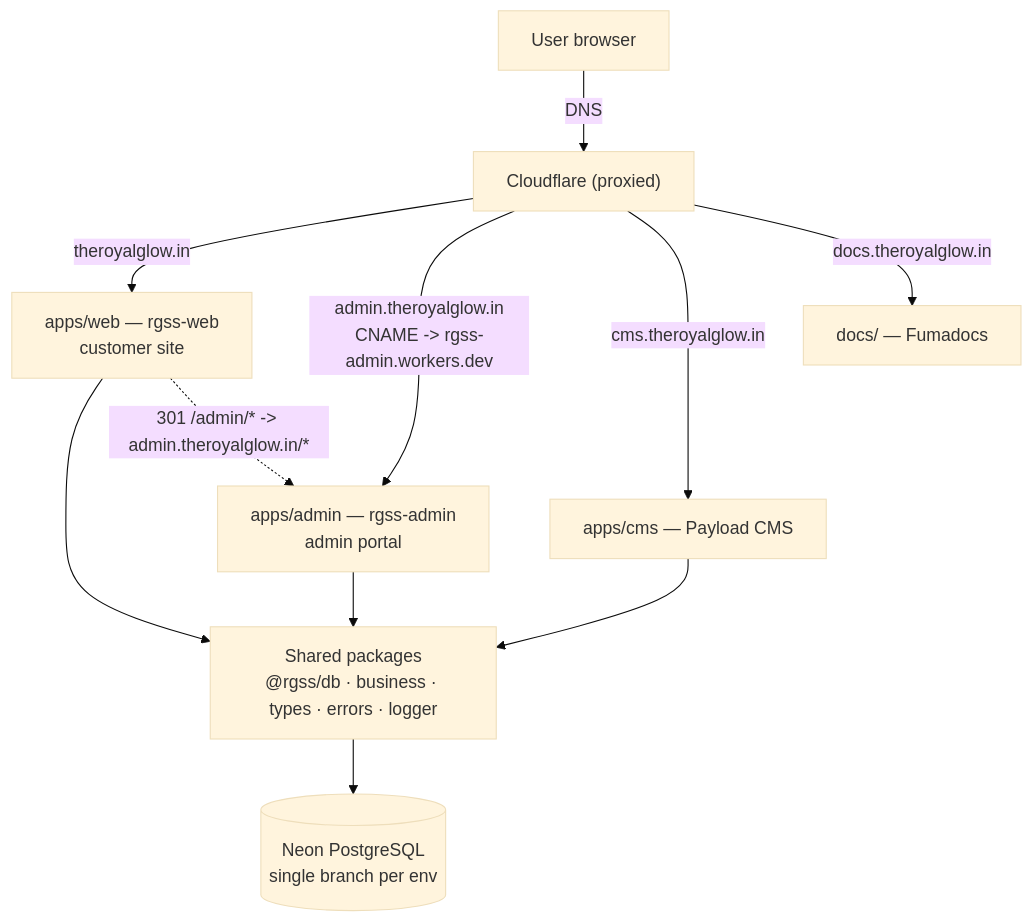
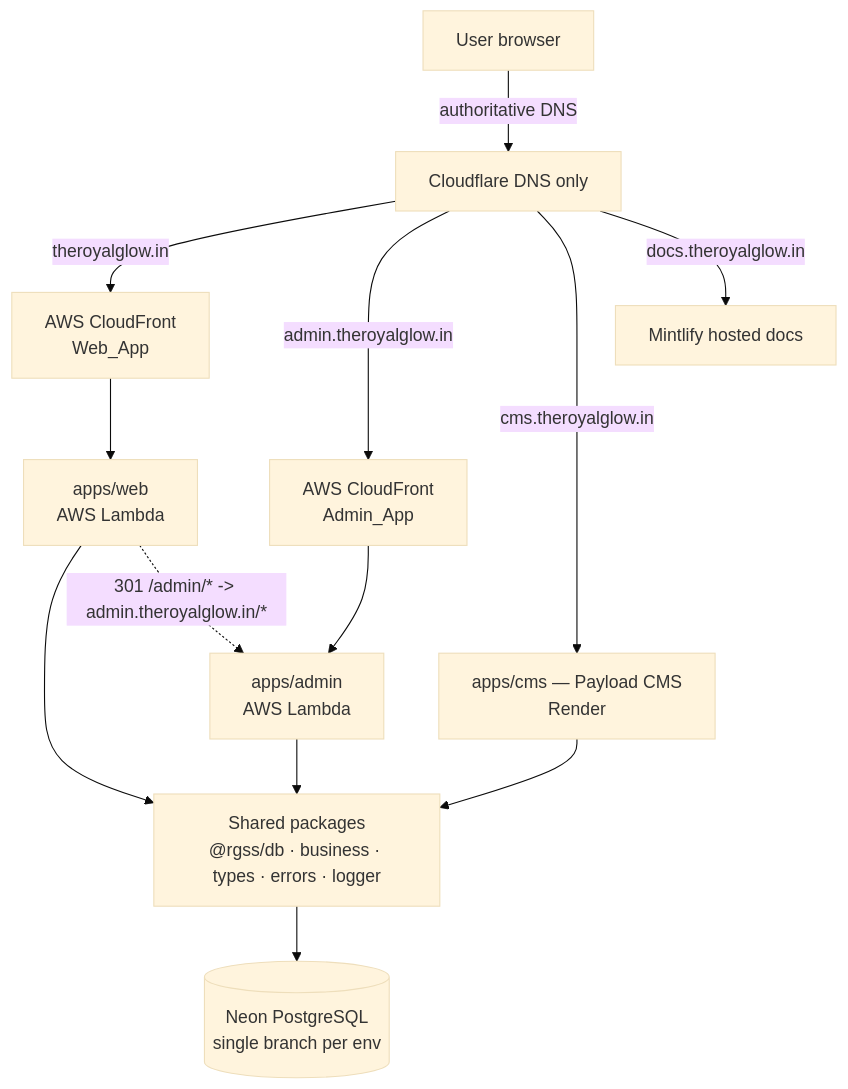
Before and after one commit to royalglowsalonspa/theroyalglow-webapp: the first of 5 diagrams in .kiro/specs/admin-subdomain-migration/design.md, drawn with Mermaid (base theme). The commit also changed other lines of this file and 98 other files, not shown here.

First line of the commit message:
chore: retire Cloudflare Workers/Pages/Wrangler/KV compute integration

````diff
--- a/.kiro/specs/admin-subdomain-migration/design.md
+++ b/.kiro/specs/admin-subdomain-migration/design.md
@@ -77,17 +77,19 @@
 ```mermaid
 graph TD
-  U["User browser"] -->|"DNS"| CF["Cloudflare (proxied)"]
+  U["User browser"] -->|"authoritative DNS"| CFDNS["Cloudflare DNS only"]
 
-  CF -->|"theroyalglow.in"| WEB["apps/web — rgss-web<br/>customer site"]
-  CF -->|"admin.theroyalglow.in<br/>CNAME -> rgss-admin.workers.dev"| ADM["apps/admin — rgss-admin<br/>admin portal"]
-  CF -->|"cms.theroyalglow.in"| CMS["apps/cms — Payload CMS"]
-  CF -->|"docs.theroyalglow.in"| DOCS["docs/ — Fumadocs"]
+  CFDNS -->|"theroyalglow.in"| WEBCF["AWS CloudFront<br/>Web_App"]
+  CFDNS -->|"admin.theroyalglow.in"| ADMCF["AWS CloudFront<br/>Admin_App"]
+  CFDNS -->|"cms.theroyalglow.in"| CMS["apps/cms — Payload CMS<br/>Render"]
+  CFDNS -->|"docs.theroyalglow.in"| DOCS["Mintlify hosted docs"]
+  WEBCF --> WEB["apps/web<br/>AWS Lambda"]
+  ADMCF --> ADM["apps/admin<br/>AWS Lambda"]
 
   WEB --> PKGS["Shared packages<br/>@rgss/db · business · types · errors · logger"]
   ADM --> PKGS
   CMS --> PKGS
 
   PKGS --> NEON[("Neon PostgreSQL<br/>single branch per env")]
 
   WEB -.->|"301 /admin/* -> admin.theroyalglow.in/*"| ADM
 ```
````
